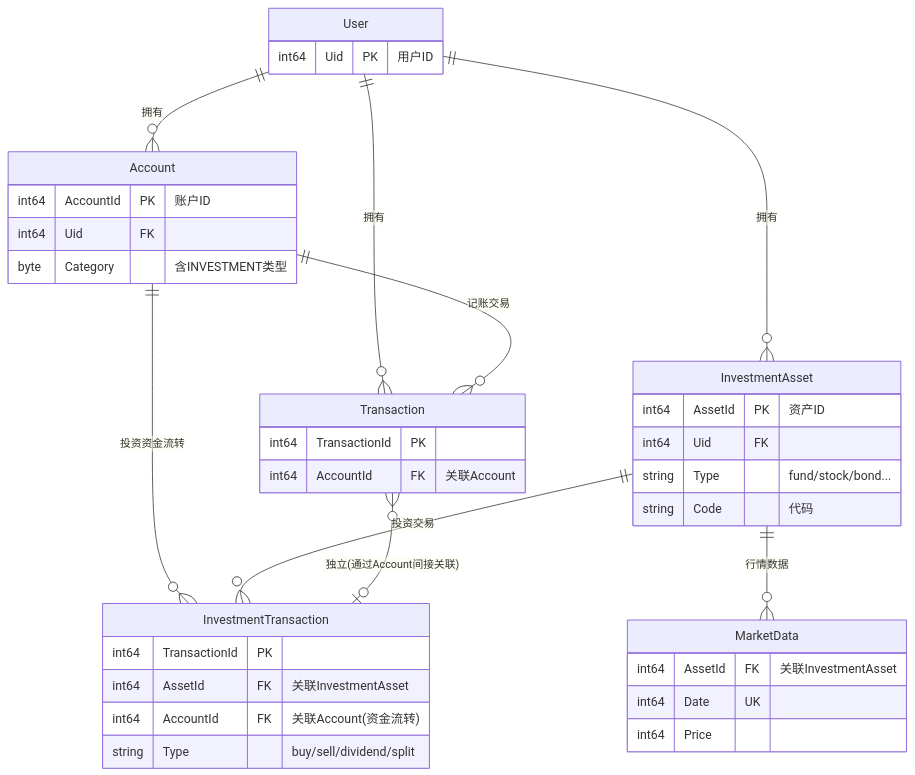
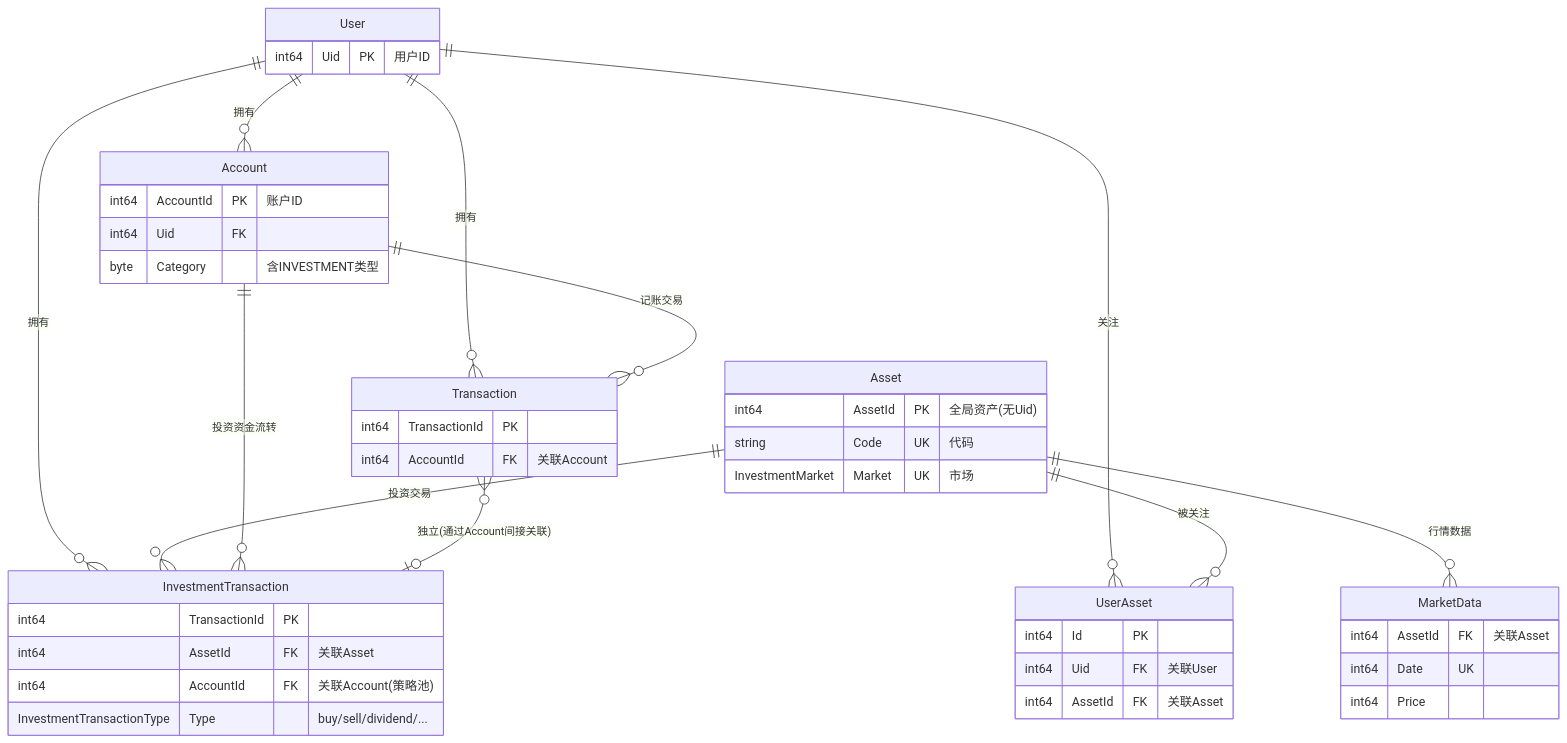
The third of 3 diagrams in docs/ER_DIAGRAM.md (ssssbw/ezbookkeeping_ssssbw), drawn with Mermaid before and after one commit. The commit also changed other lines of this file and 10 other files, not shown here.

First line of the commit message:
refactor: 数据库设计修复 + 清理旧 InvestmentAsset 体系

````diff
--- a/docs/ER_DIAGRAM.md
+++ b/docs/ER_DIAGRAM.md
@@ -314,48 +288,55 @@
 ```mermaid
 erDiagram
     User {
         int64 Uid PK "用户ID"
     }
 
     Account {
         int64 AccountId PK "账户ID"
         int64 Uid FK
         byte Category "含INVESTMENT类型"
     }
 
     Transaction {
         int64 TransactionId PK
         int64 AccountId FK "关联Account"
     }
 
-    InvestmentAsset {
-        int64 AssetId PK "资产ID"
-        int64 Uid FK
-        string Type "fund/stock/bond..."
-        string Code "代码"
+    Asset {
+        int64 AssetId PK "全局资产(无Uid)"
+        string Code UK "代码"
+        InvestmentMarket Market UK "市场"
+    }
+
+    UserAsset {
+        int64 Id PK
+        int64 Uid FK "关联User"
+        int64 AssetId FK "关联Asset"
     }
 
     InvestmentTransaction {
         int64 TransactionId PK
-        int64 AssetId FK "关联InvestmentAsset"
-        int64 AccountId FK "关联Account(资金流转)"
-        string Type "buy/sell/dividend/split"
+        int64 AssetId FK "关联Asset"
+        int64 AccountId FK "关联Account(策略池)"
+        InvestmentTransactionType Type "buy/sell/dividend/..."
     }
 
     MarketData {
-        int64 AssetId FK "关联InvestmentAsset"
+        int64 AssetId FK "关联Asset"
         int64 Date UK
         int64 Price
     }
 
     User ||--o{ Account : "拥有"
-    User ||--o{ InvestmentAsset : "拥有"
+    User ||--o{ UserAsset : "关注"
     User ||--o{ Transaction : "拥有"
+    User ||--o{ InvestmentTransaction : "拥有"
 
+    Asset ||--o{ UserAsset : "被关注"
+    Asset ||--o{ InvestmentTransaction : "投资交易"
+    Asset ||--o{ MarketData : "行情数据"
     Account ||--o{ Transaction : "记账交易"
     Account ||--o{ InvestmentTransaction : "投资资金流转"
-    InvestmentAsset ||--o{ InvestmentTransaction : "投资交易"
-    InvestmentAsset ||--o{ MarketData : "行情数据"
 
     Transaction }o--o| InvestmentTransaction : "独立(通过Account间接关联)"
 ```
````
